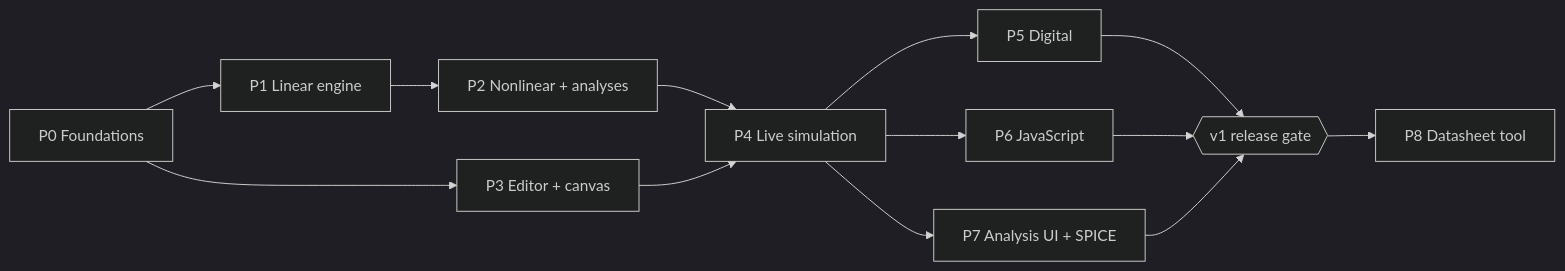
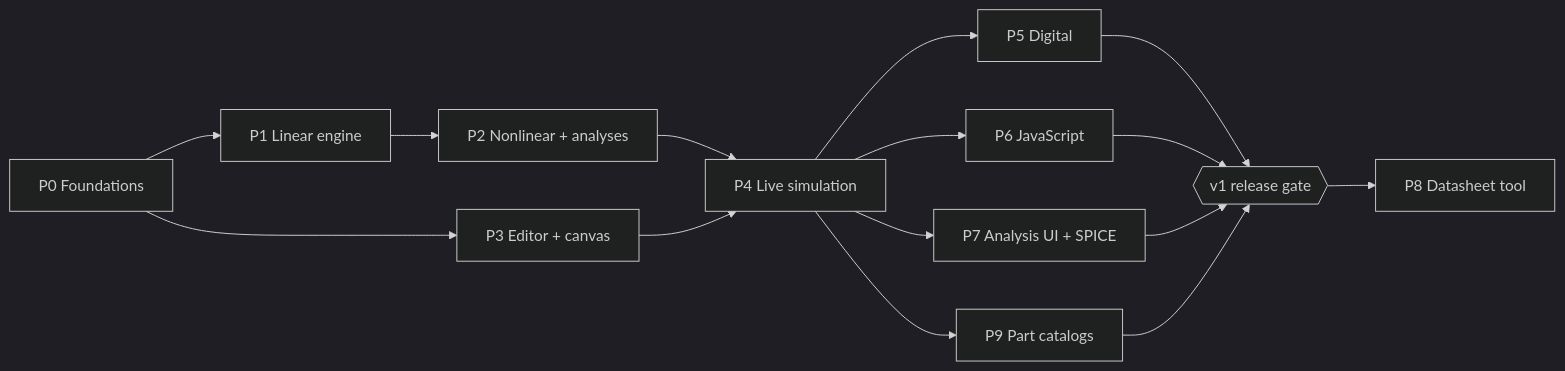
Before and after one commit to alfu32/electrocraft: the second of 2 diagrams in ELECTROCRAFT-PLAN.SPEC.md, drawn with Mermaid (dark theme). The commit also changed other lines of this file and 79 other files, not shown here.

First line of the commit message:
feat: online part catalogs (JLCPCB, DigiKey, Mouser, TME, Farnell), sourcing, BOM; 0.1.7

````diff
--- a/ELECTROCRAFT-PLAN.SPEC.md
+++ b/ELECTROCRAFT-PLAN.SPEC.md
@@ -675,15 +691,17 @@
 ```mermaid
 flowchart LR
   P0[P0 Foundations] --> P1[P1 Linear engine]
   P1 --> P2[P2 Nonlinear + analyses]
   P0 --> P3[P3 Editor + canvas]
   P2 --> P4[P4 Live simulation]
   P3 --> P4
   P4 --> P5[P5 Digital]
   P4 --> P6[P6 JavaScript]
   P4 --> P7[P7 Analysis UI + SPICE]
   P5 --> V1{{v1 release gate}}
   P6 --> V1
   P7 --> V1
+  P4 --> P9[P9 Part catalogs]
+  P9 --> V1
   V1 --> P8[P8 Datasheet tool]
 ```
````
